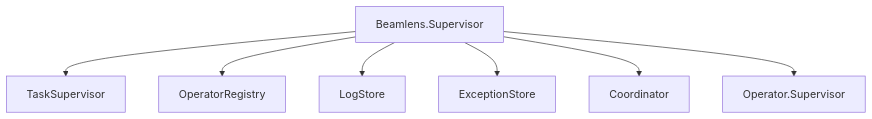
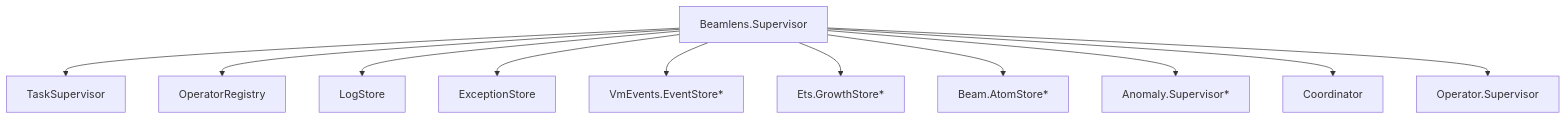
The first of 2 diagrams in docs/architecture.md (nshkrdotcom/beamlens), drawn with Mermaid before and after one commit. The commit also changed other lines of this file and 6 other files, not shown here.

````diff
--- a/docs/architecture.md
+++ b/docs/architecture.md
@@ -15,10 +15,14 @@
 ```mermaid
 graph TD
     S[Beamlens.Supervisor]
     S --> TS[TaskSupervisor]
     S --> OR[OperatorRegistry]
     S --> LS[LogStore]
     S --> ES[ExceptionStore]
+    S --> VES["VmEvents.EventStore*"]
+    S --> EGS["Ets.GrowthStore*"]
+    S --> BAS["Beam.AtomStore*"]
+    S --> AS["Anomaly.Supervisor*"]
     S --> C[Coordinator]
     S --> OS[Operator.Supervisor]
 ```
````
